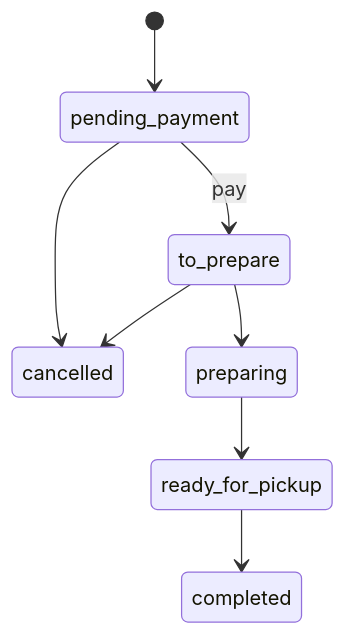
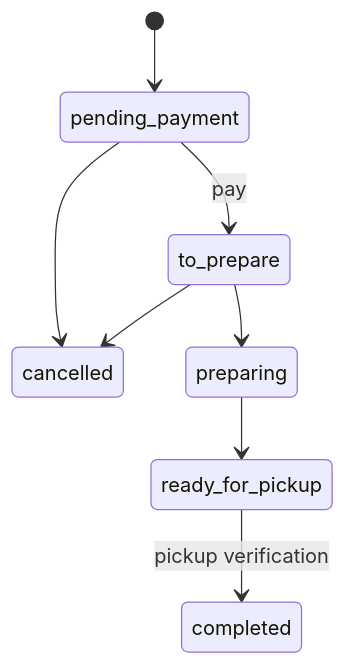
Before and after one commit to Jaydencooo/ShelfFlow: the second of 2 diagrams in docs/ARCHITECTURE.md, drawn with Mermaid. The commit also changed other lines of this file and 187 other files, not shown here.

````diff
--- a/docs/ARCHITECTURE.md
+++ b/docs/ARCHITECTURE.md
@@ -197,10 +220,10 @@
 ```mermaid
 stateDiagram-v2
     [*] --> pending_payment
     pending_payment --> cancelled
     pending_payment --> to_prepare: pay
     to_prepare --> cancelled
     to_prepare --> preparing
     preparing --> ready_for_pickup
-    ready_for_pickup --> completed
+    ready_for_pickup --> completed: pickup verification
 ```
````
